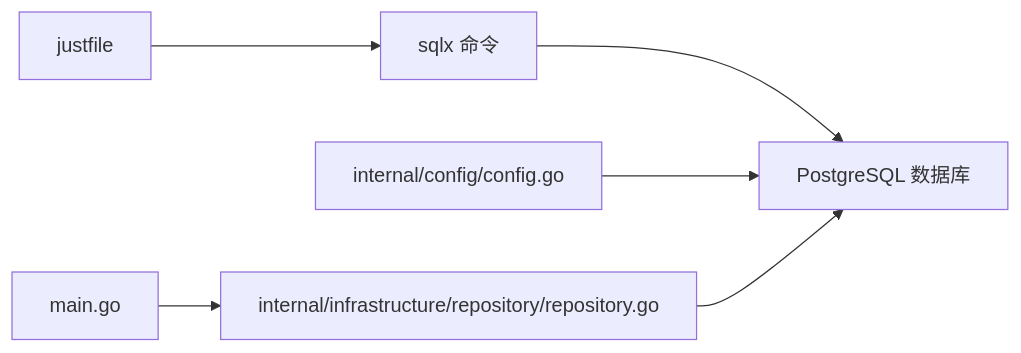
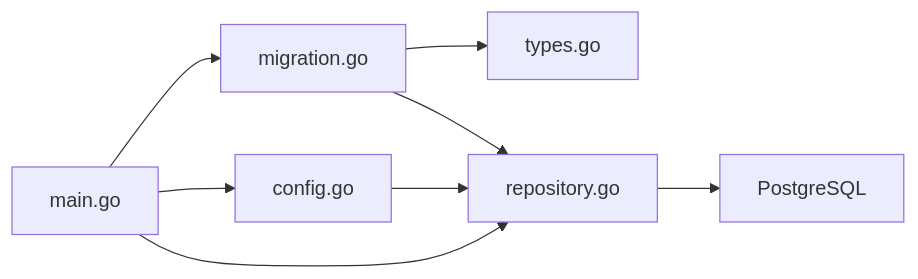
Before and after one commit to ATOMLubover/poprako: the fourth of 4 diagrams in .qoder/repowiki/zh/content/数据库设计/数据库迁移管理.md, drawn with Mermaid. The commit also changed other lines of this file and 22 other files, not shown here.

````diff
--- a/.qoder/repowiki/zh/content/数据库设计/数据库迁移管理.md
+++ b/.qoder/repowiki/zh/content/数据库设计/数据库迁移管理.md
@@ -388,8 +422,10 @@
 ```mermaid
 graph LR
-JF["justfile"] --> SQLX["sqlx 命令"]
-SQLX --> DB["PostgreSQL 数据库"]
-CFG["internal/config/config.go"] --> DB
-REPO["internal/infrastructure/repository/repository.go"] --> DB
-MAIN["main.go"] --> REPO
+MAIN["main.go"] --> MIG["migration.go"]
+MAIN --> CFG["config.go"]
+MAIN --> DBX["repository.go"]
+MIG --> TYPES["types.go"]
+MIG --> DBX
+CFG --> DBX
+DBX --> PG["PostgreSQL"]
 ```
````
